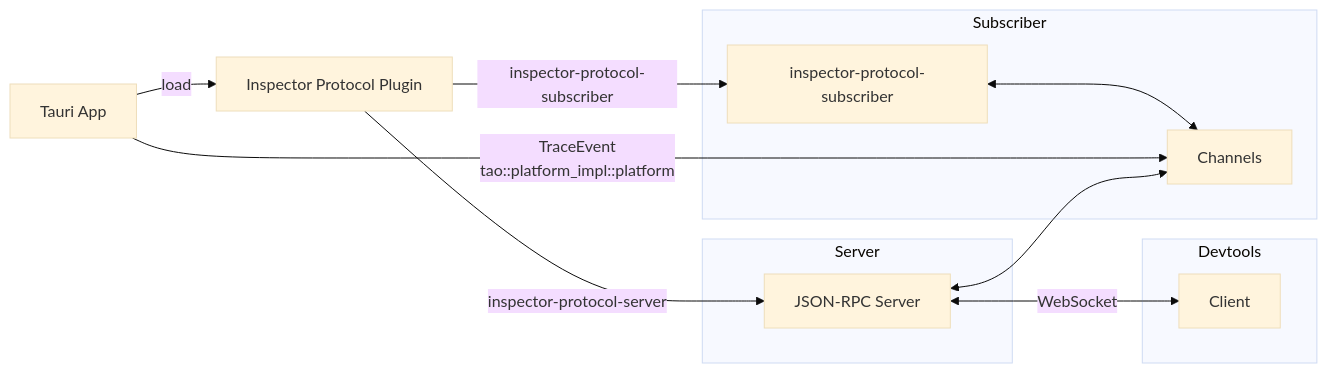
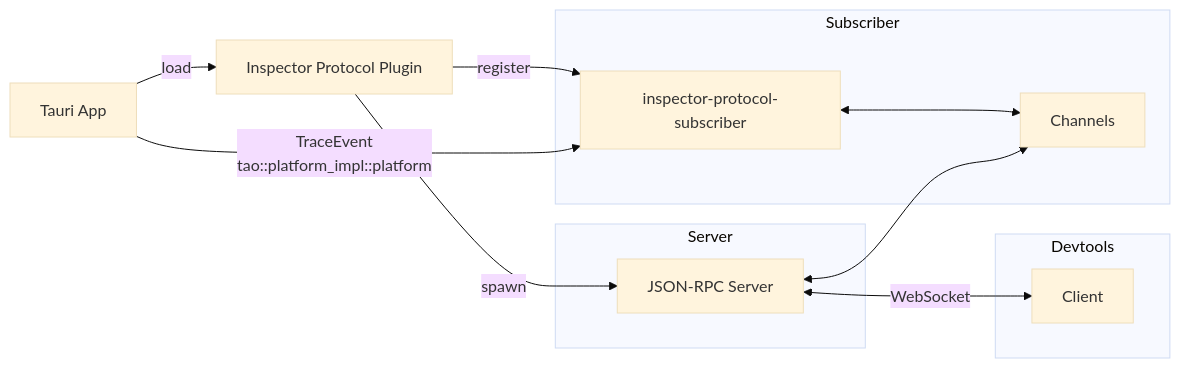
The diagram in ARCHITECTURE.md (crabnebula-dev/devtools), drawn with Mermaid (base theme) before and after one commit.

Commit message:
Create a better data flow

````diff
--- a/ARCHITECTURE.md
+++ b/ARCHITECTURE.md
@@ -41,26 +41,26 @@
 ```mermaid
 flowchart LR
     A[Tauri App]
     Pl[Inspector Protocol Plugin]
     subgraph Subscriber
     L[inspector-protocol-subscriber]
     Ag[Channels]
     end
     subgraph Server
     S[JSON-RPC Server]
     end
     subgraph Devtools
     C[Client]
     end
 
     A -->|load| Pl
-    Pl -->|inspector-protocol-subscriber| L
+    Pl -->|register| L
     L <--> Ag
-    Pl -->|inspector-protocol-server| S
+    Pl -->|spawn| S
     A -->|"
         TraceEvent
         tao::platform_impl::platform
-    "| Ag
+    "| L
     S <--> Ag
     S <-->|WebSocket| C
 ```
````
